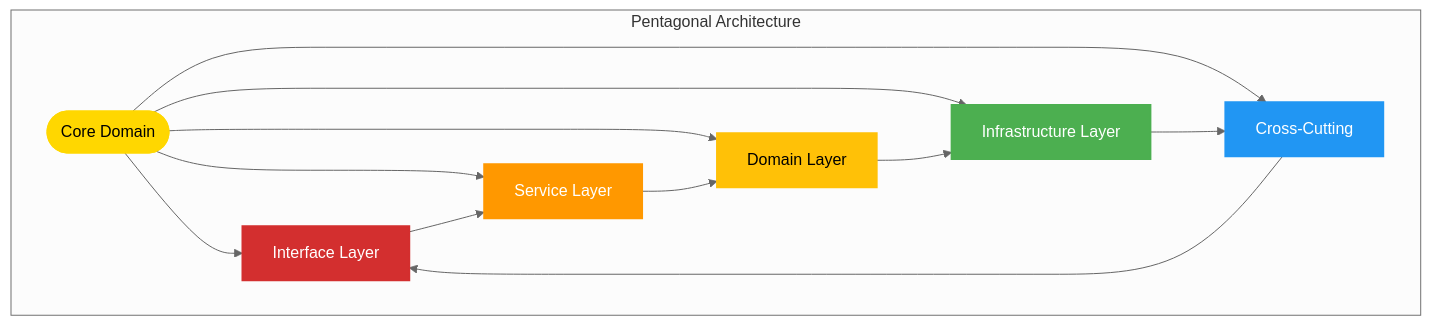
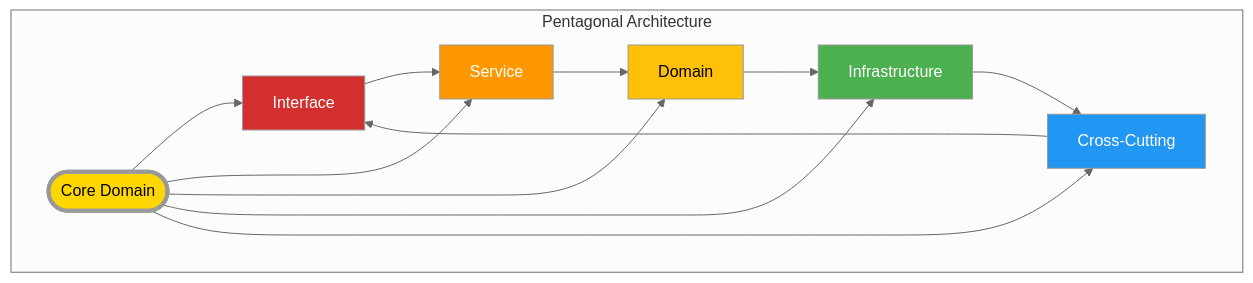
One commit to Hack23/homepage changed the second of 2 diagrams in .github/agents/simon-moon.md. Above: the diagram before and after it, drawn with Mermaid (neutral theme). The commit also changed other lines of this file and 7 other files, not shown here.

````diff
--- a/.github/agents/simon-moon.md
+++ b/.github/agents/simon-moon.md
@@ -358,30 +111,14 @@
 ```mermaid
 graph TB
     subgraph "Pentagonal Architecture"
         Center([Core Domain]):::core
-        A[Interface Layer]:::interface
-        B[Service Layer]:::service
-        C[Domain Layer]:::domain
-        D[Infrastructure Layer]:::infra
-        E[Cross-Cutting]:::crosscut
-        
-        Center --> A
-        Center --> B
-        Center --> C
-        Center --> D
-        Center --> E
-        
-        A --> B
-        B --> C
-        C --> D
-        D --> E
-        E --> A
+        A[Interface]:::iface --> B[Service]:::svc --> C[Domain]:::domain --> D[Infrastructure]:::infra --> E[Cross-Cutting]:::cross --> A
+        Center --> A & B & C & D & E
     end
-    
-    classDef core fill:#FFD700,stroke:#FFD700,stroke-width:4px,color:#000
-    classDef interface fill:#D32F2F,stroke:#D32F2F,stroke-width:2px,color:#fff
-    classDef service fill:#FF9800,stroke:#FF9800,stroke-width:2px,color:#fff
-    classDef domain fill:#FFC107,stroke:#FFC107,stroke-width:2px,color:#000
-    classDef infra fill:#4CAF50,stroke:#4CAF50,stroke-width:2px,color:#fff
-    classDef crosscut fill:#2196F3,stroke:#2196F3,stroke-width:2px,color:#fff
+    classDef core fill:#FFD700,stroke-width:4px,color:#000
+    classDef iface fill:#D32F2F,color:#fff
+    classDef svc fill:#FF9800,color:#fff
+    classDef domain fill:#FFC107,color:#000
+    classDef infra fill:#4CAF50,color:#fff
+    classDef cross fill:#2196F3,color:#fff
 ```
````
